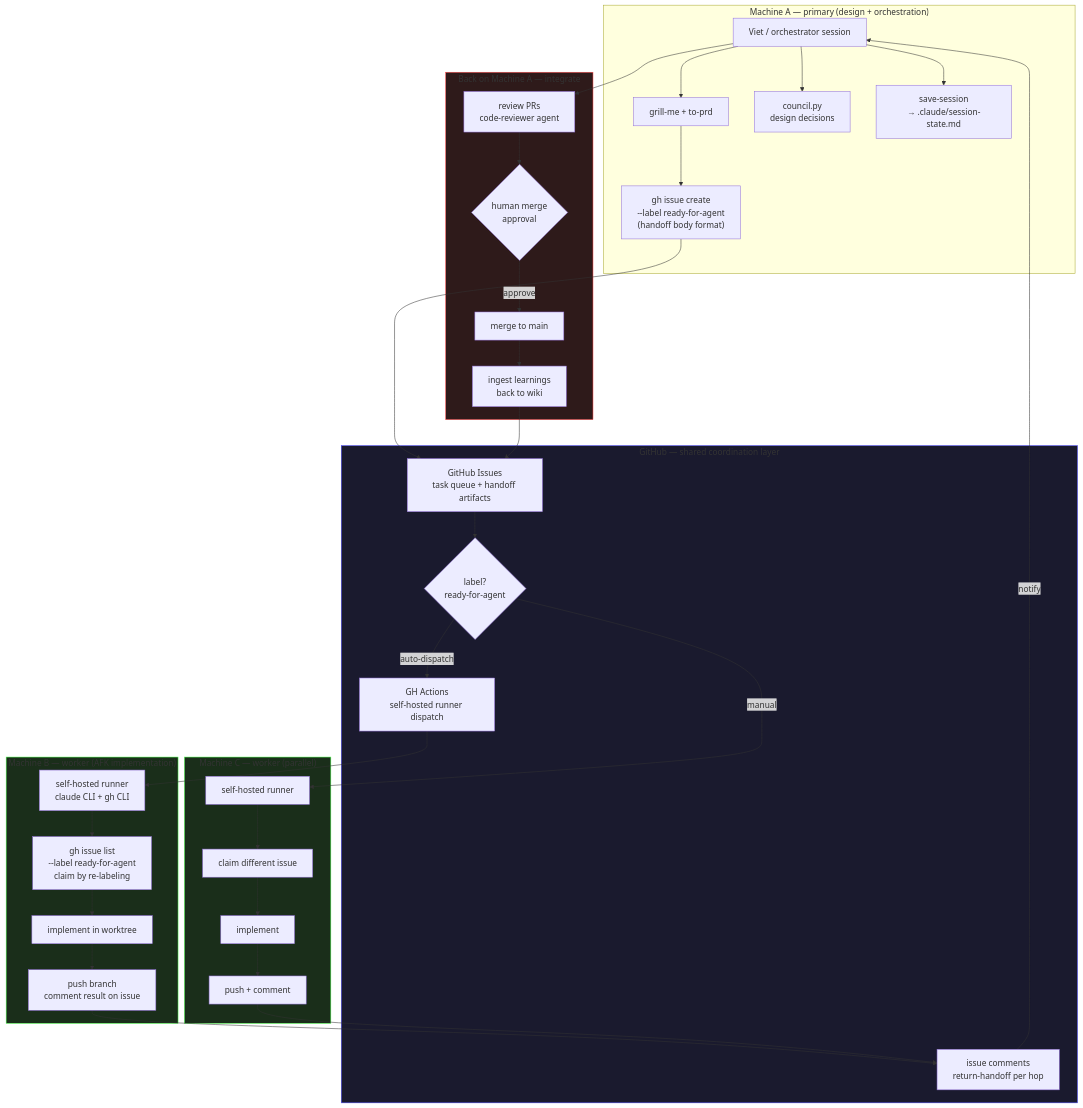
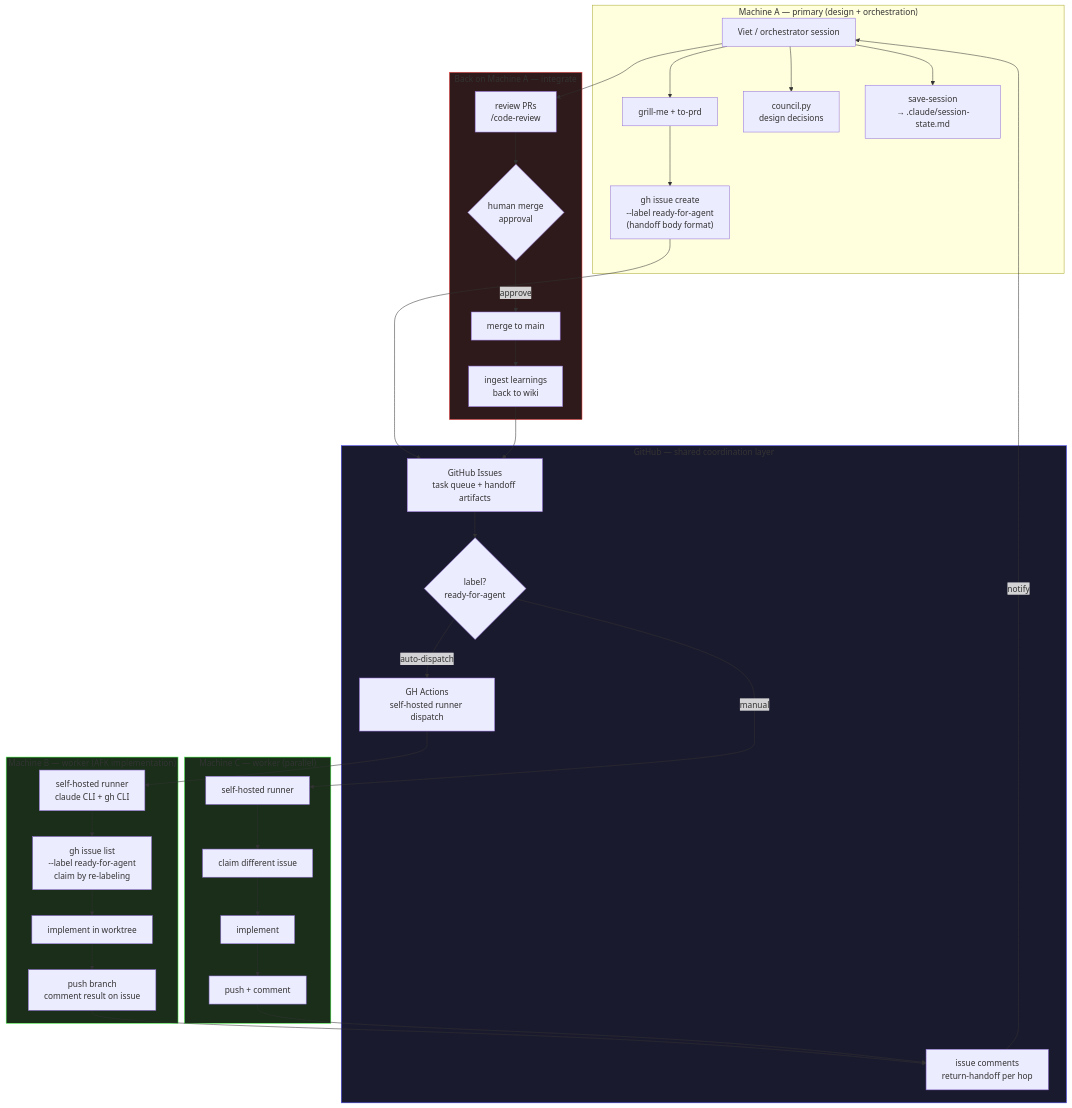
One commit to vietbui1999ru/llm-wiki changed the third of 3 diagrams in docs-site/guides/workflows.mdx. Above: the diagram before and after it, drawn with Mermaid. The commit also changed other lines of this file and 125 other files, not shown here.

````diff
--- a/docs-site/guides/workflows.mdx
+++ b/docs-site/guides/workflows.mdx
@@ -150,58 +150,58 @@
 ```mermaid
 flowchart TD
     subgraph M1["Machine A — primary (design + orchestration)"]
         VIET_A[Viet / orchestrator session]
         GRILL_A["grill-me + to-prd"]
         ISSUE_CREATE["gh issue create<br>--label ready-for-agent<br>(handoff body format)"]
         COUNCIL_A["council.py<br>design decisions"]
         SESSION_A["save-session<br>→ .claude/session-state.md"]
     end
 
     subgraph GH["GitHub — shared coordination layer"]
         ISSUES_DB["GitHub Issues<br>task queue + handoff artifacts"]
         LABEL_GATE{"label?<br>ready-for-agent"}
         ACTIONS["GH Actions<br>self-hosted runner dispatch"]
         COMMENTS["issue comments<br>return-handoff per hop"]
     end
 
     subgraph M2["Machine B — worker (AFK implementation)"]
         RUNNER["self-hosted runner<br>claude CLI + gh CLI"]
         CLAIM_GH["gh issue list<br>--label ready-for-agent<br>claim by re-labeling"]
         IMPL_B[implement in worktree]
         PUSH_B["push branch<br>comment result on issue"]
     end
 
     subgraph M3["Machine C — worker (parallel)"]
         RUNNER_C[self-hosted runner]
         CLAIM_C[claim different issue]
         IMPL_C[implement]
         PUSH_C[push + comment]
     end
 
     subgraph MERGE_FLOW["Back on Machine A — integrate"]
-        PR_REVIEW["review PRs<br>code-reviewer agent"]
+        PR_REVIEW["review PRs<br>/code-review"]
         HUMAN_GATE{"human merge<br>approval"}
         SHIP[merge to main]
         WIKI_UPDATE["ingest learnings<br>back to wiki"]
     end
 
     VIET_A --> GRILL_A --> ISSUE_CREATE --> ISSUES_DB
     VIET_A --> COUNCIL_A
     VIET_A --> SESSION_A
 
     ISSUES_DB --> LABEL_GATE
     LABEL_GATE -->|auto-dispatch| ACTIONS --> RUNNER
     LABEL_GATE -->|manual| RUNNER_C
 
     RUNNER --> CLAIM_GH --> IMPL_B --> PUSH_B --> COMMENTS
     RUNNER_C --> CLAIM_C --> IMPL_C --> PUSH_C --> COMMENTS
 
     COMMENTS -->|notify| VIET_A
     VIET_A --> PR_REVIEW --> HUMAN_GATE -->|approve| SHIP
     SHIP --> WIKI_UPDATE --> ISSUES_DB
 
     style GH fill:#1a1a2e,stroke:#4a4aff
     style M2 fill:#1a2e1a,stroke:#4aff4a
     style M3 fill:#1a2e1a,stroke:#4aff4a
     style MERGE_FLOW fill:#2e1a1a,stroke:#ff4a4a
 ```
````
